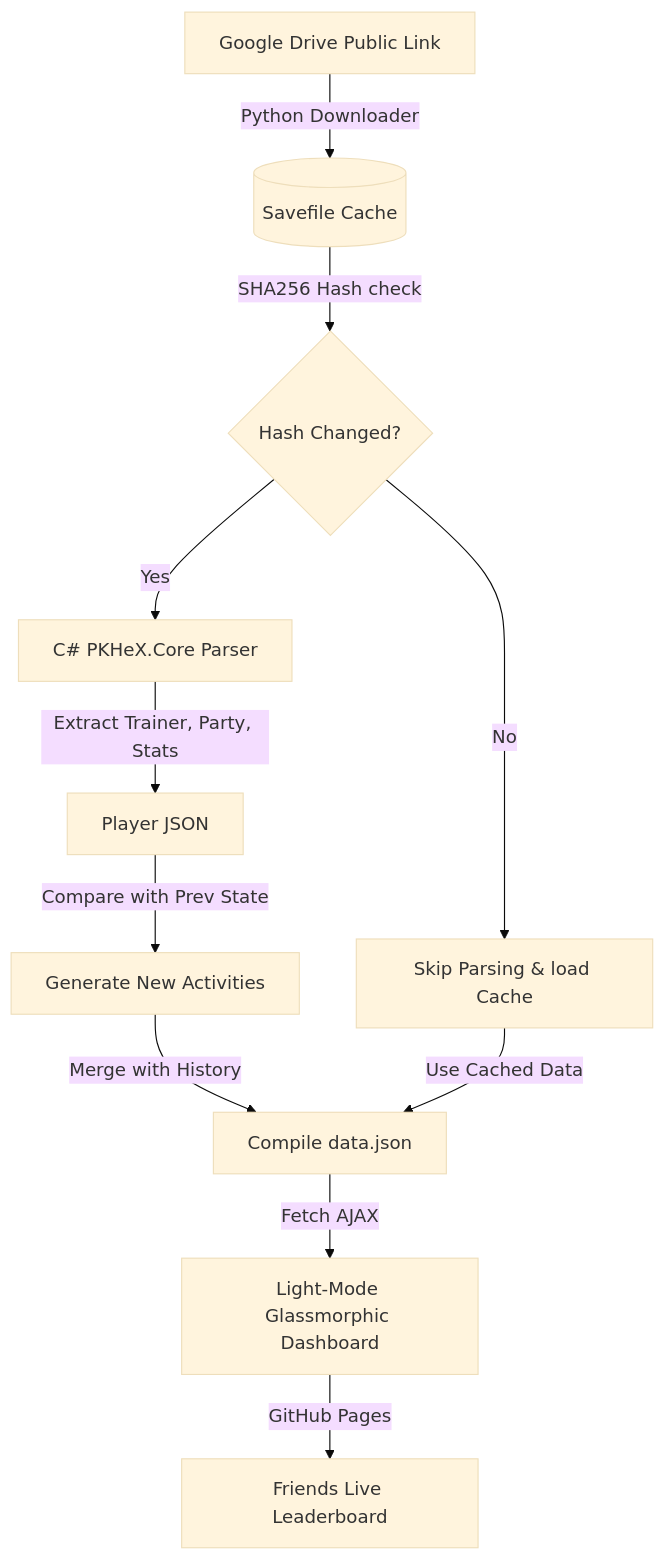
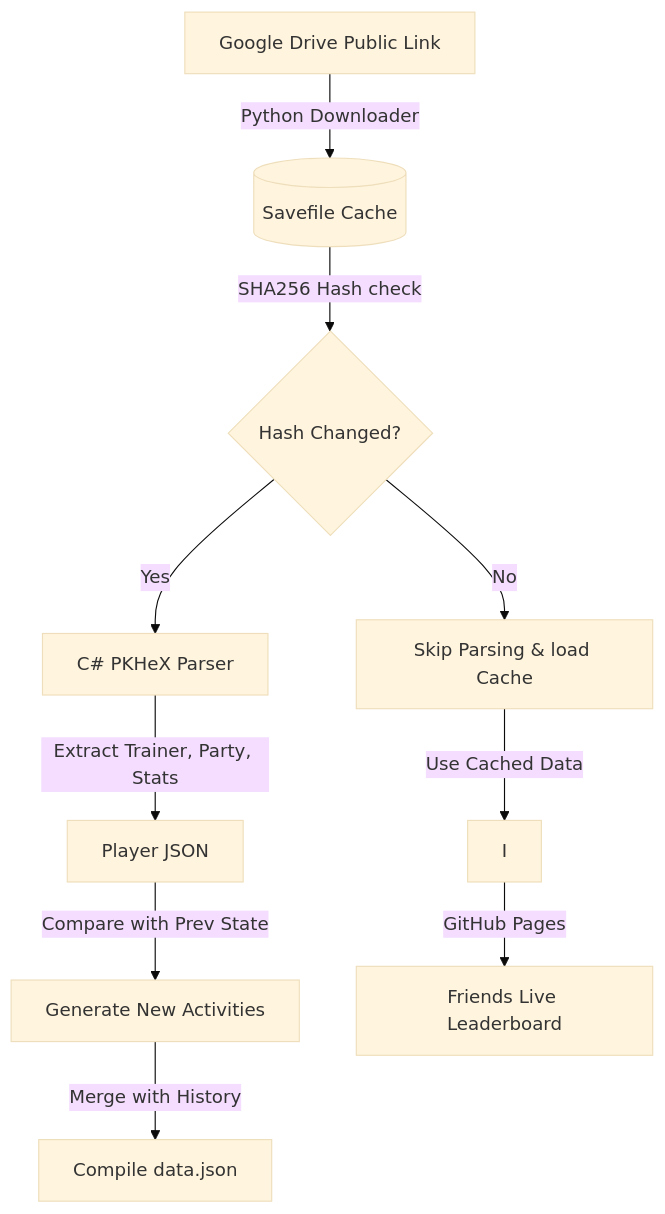
Before and after one commit to Duck-005/pokeTracker: the diagram in README.md, drawn with Mermaid (base theme). The commit also changed other lines of this file, not shown here.

````diff
--- a/README.md
+++ b/README.md
@@ -11,13 +11,12 @@
 ```mermaid
 graph TD
     A[Google Drive Public Link] -->|Python Downloader| B[(Savefile Cache)]
     B -->|SHA256 Hash check| C{Hash Changed?}
     C -->|No| D[Skip Parsing & load Cache]
-    C -->|Yes| E[C# PKHeX.Core Parser]
+    C -->|Yes| E[C# PKHeX Parser]
     E -->|Extract Trainer, Party, Stats| F[Player JSON]
     F -->|Compare with Prev State| G[Generate New Activities]
     G -->|Merge with History| H[Compile data.json]
-    D -->|Use Cached Data| H
-    H -->|Fetch AJAX| I[Light-Mode Glassmorphic Dashboard]
+    D -->|Use Cached Data| I
     I -->|GitHub Pages| J[Friends Live Leaderboard]
 ```
````
